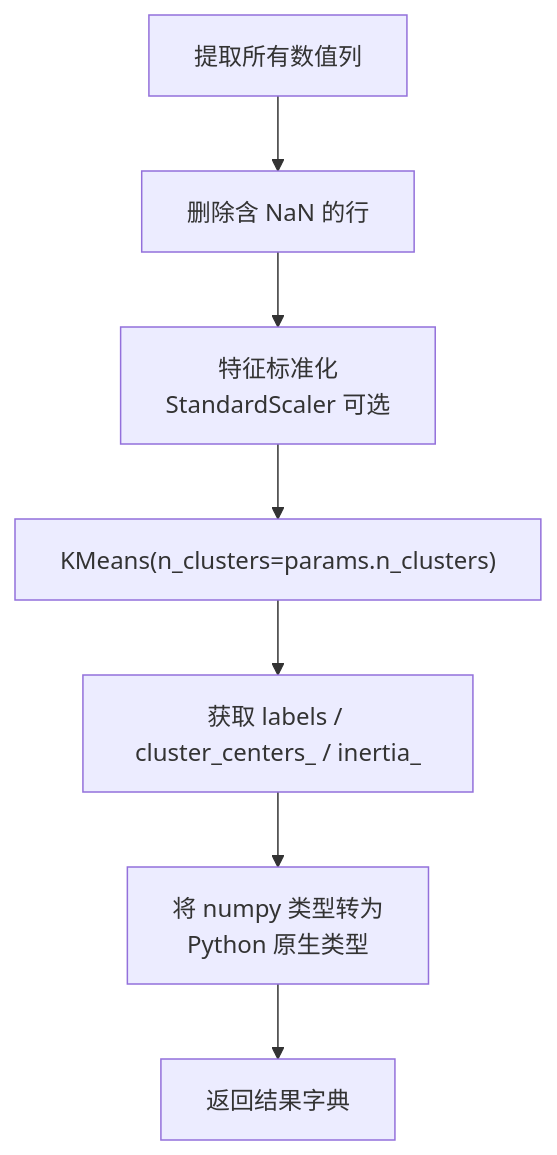
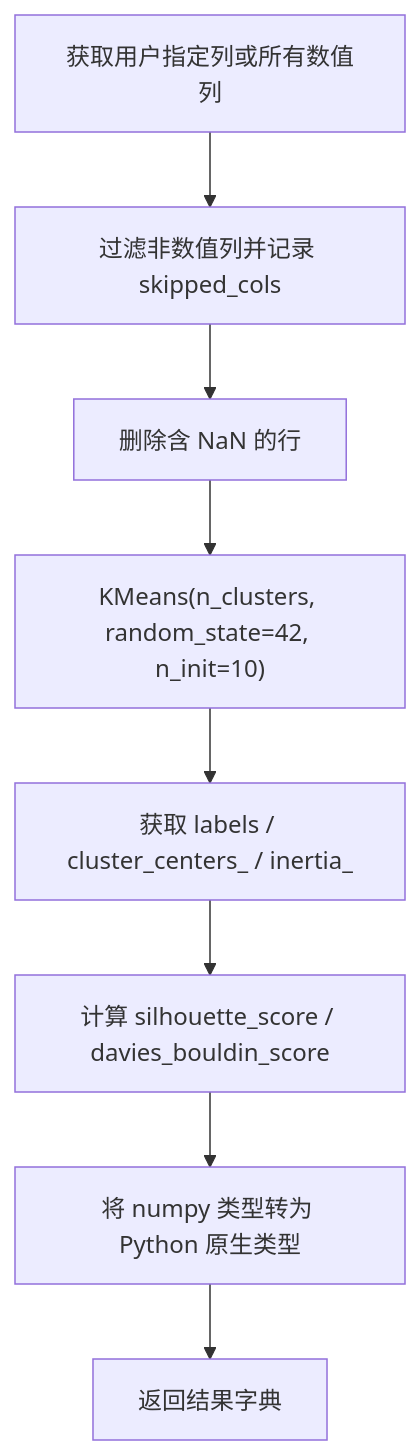
One commit to HuayiDudu/Interactive-Data-Analysis-System changed the second of 4 diagrams in docs/4-分析功能模块/开发文档.md. Above: the diagram before and after it, drawn with Mermaid. The commit also changed other lines of this file and 10 other files, not shown here.

````diff
--- a/docs/4-分析功能模块/开发文档.md
+++ b/docs/4-分析功能模块/开发文档.md
@@ -70,9 +85,10 @@
 ```mermaid
 flowchart TD
-    A["提取所有数值列"] --> B["删除含 NaN 的行"]
-    B --> C["特征标准化<br/>StandardScaler 可选"]
-    C --> D["KMeans(n_clusters=params.n_clusters)"]
+    A["获取用户指定列或所有数值列"] --> B["过滤非数值列并记录 skipped_cols"]
+    B --> C["删除含 NaN 的行"]
+    C --> D["KMeans(n_clusters, random_state=42, n_init=10)"]
     D --> E["获取 labels / cluster_centers_ / inertia_"]
-    E --> F["将 numpy 类型转为<br/>Python 原生类型"]
-    F --> G["返回结果字典"]
+    E --> F["计算 silhouette_score / davies_bouldin_score"]
+    F --> G["将 numpy 类型转为 Python 原生类型"]
+    G --> H["返回结果字典"]
 ```
````
